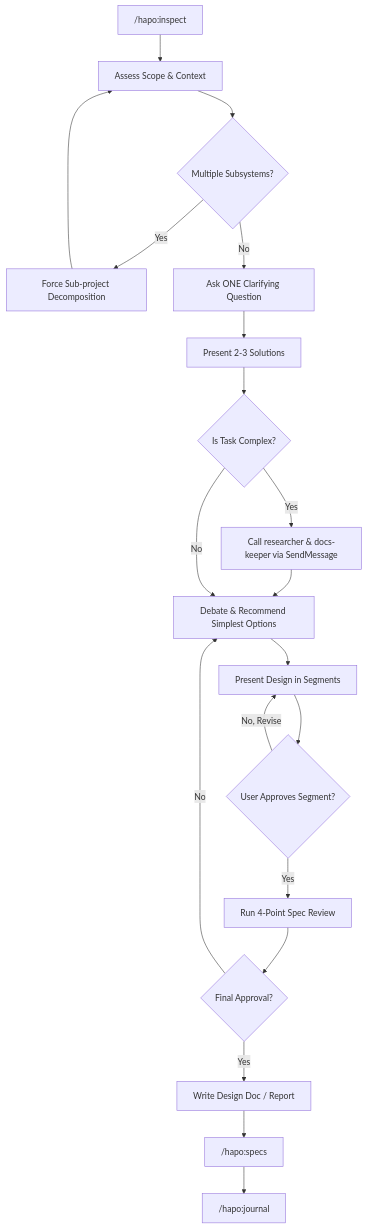
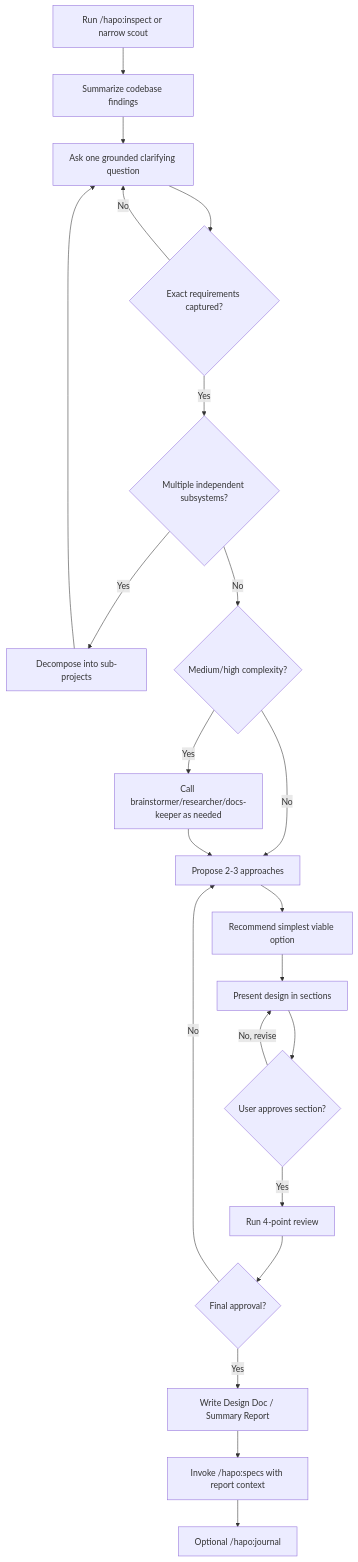
Before and after one commit to hapo-nghialuu/antigravity-kit: the diagram in packages/spec/src/claude/skills/brainstorm/SKILL.md, drawn with Mermaid. The commit also changed other lines of this file and 61 other files, not shown here.

````diff
--- a/packages/spec/src/claude/skills/brainstorm/SKILL.md
+++ b/packages/spec/src/claude/skills/brainstorm/SKILL.md
@@ -33,22 +74,24 @@
 ```mermaid
 flowchart TD
-    A["/hapo:inspect"] --> B[Assess Scope & Context]
-    B --> C{Multiple Subsystems?}
-    C -->|Yes| D[Force Sub-project Decomposition]
-    D --> B
-    C -->|No| E[Ask ONE Clarifying Question]
-    E --> F[Present 2-3 Solutions]
-    F --> R{Is Task Complex?}
-    R -->|Yes| S["Call researcher & docs-keeper via SendMessage"]
-    S --> G
-    R -->|No| G[Debate & Recommend Simplest Options]
-    G --> H[Present Design in Segments]
-    H --> I{User Approves Segment?}
-    I -->|No, Revise| H
-    I -->|Yes| J[Run 4-Point Spec Review]
-    J --> K{Final Approval?}
-    K -->|No| G
-    K -->|Yes| M[Write Design Doc / Report]
-    M --> L["/hapo:specs"]
-    L --> N["/hapo:journal"]
+    A["Run /hapo:inspect or narrow scout"] --> B["Summarize codebase findings"]
+    B --> C["Ask one grounded clarifying question"]
+    C --> D{"Exact requirements captured?"}
+    D -->|No| C
+    D -->|Yes| E{"Multiple independent subsystems?"}
+    E -->|Yes| F["Decompose into sub-projects"]
+    F --> C
+    E -->|No| G{"Medium/high complexity?"}
+    G -->|Yes| H["Call brainstormer/researcher/docs-keeper as needed"]
+    G -->|No| I["Propose 2-3 approaches"]
+    H --> I
+    I --> J["Recommend simplest viable option"]
+    J --> K["Present design in sections"]
+    K --> L{"User approves section?"}
+    L -->|No, revise| K
+    L -->|Yes| M["Run 4-point review"]
+    M --> N{"Final approval?"}
+    N -->|No| I
+    N -->|Yes| O["Write Design Doc / Summary Report"]
+    O --> P["Invoke /hapo:specs with report context"]
+    P --> Q["Optional /hapo:journal"]
 ```
````
